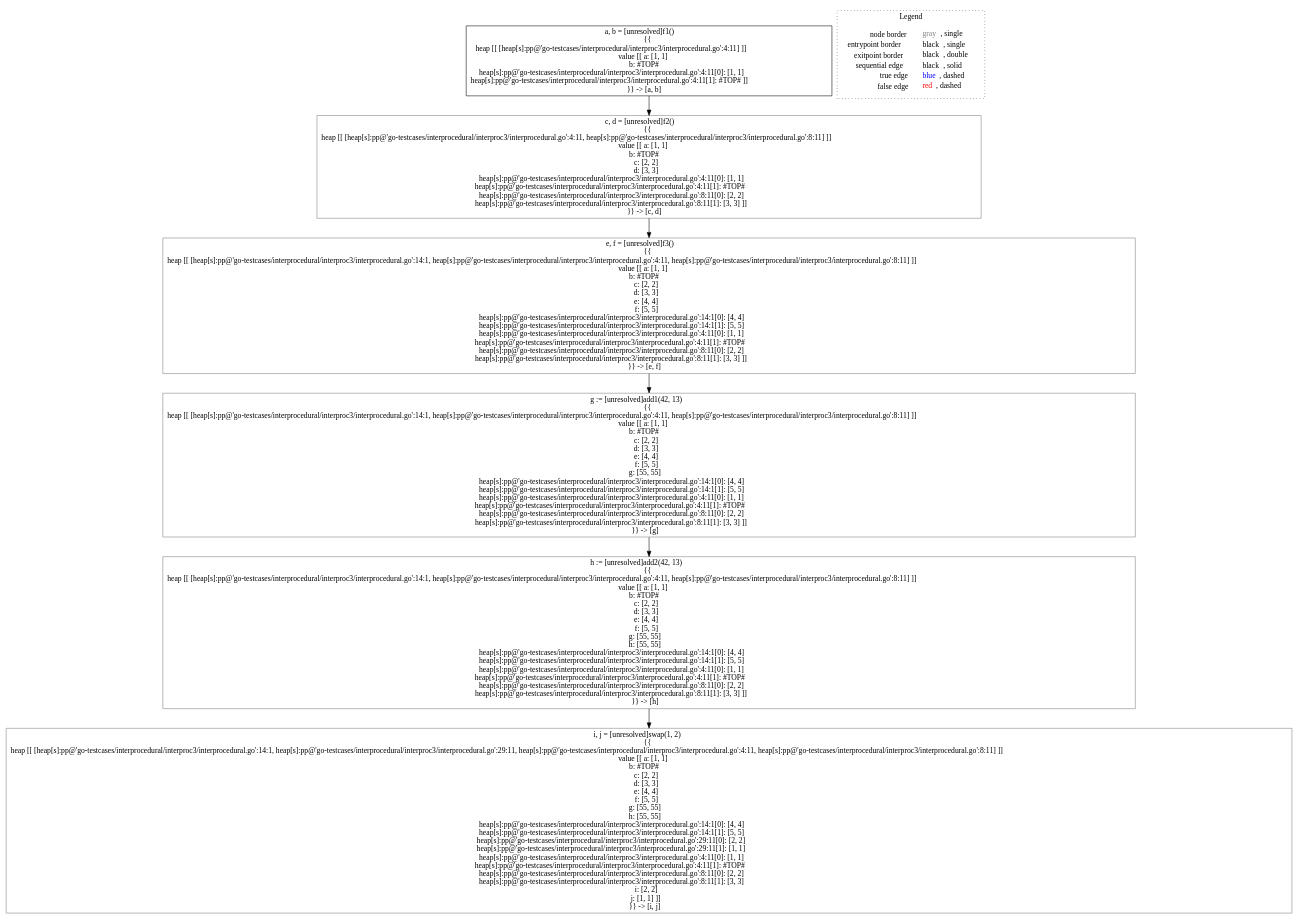
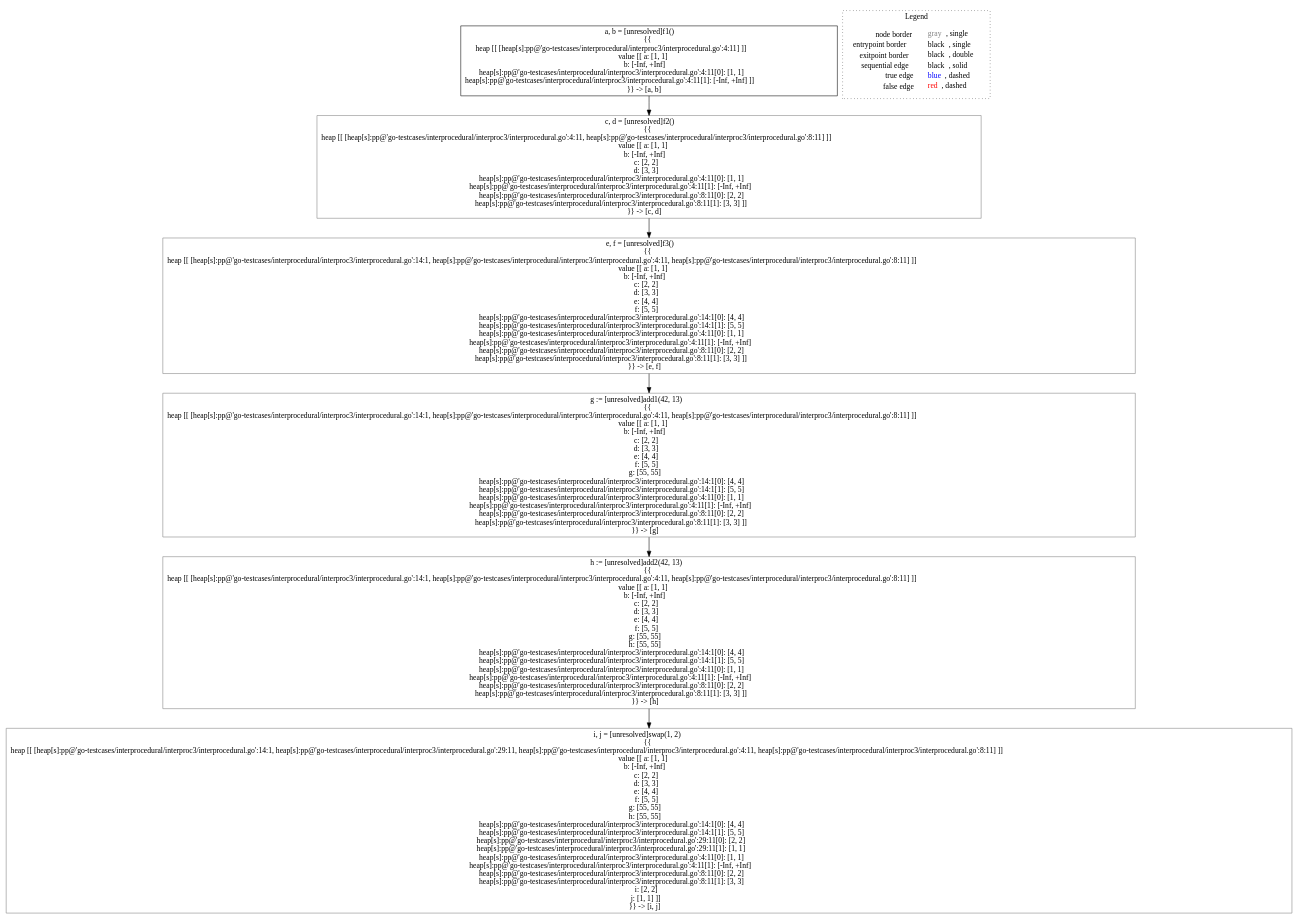
The diagram in go-lisa/go-testcases/interprocedural/interproc3/analysis___untyped_~LiSAProgram.main().dot (lisa-analyzer/go-lisa), drawn with Graphviz before and after one commit. The commit also changed 25 other files, not shown here.

```diff
--- a/go-lisa/go-testcases/interprocedural/interproc3/analysis___untyped_~LiSAProgram.main().dot
+++ b/go-lisa/go-testcases/interprocedural/interproc3/analysis___untyped_~LiSAProgram.main().dot
@@ -1,20 +1,20 @@
 digraph {
-	"node0" [shape="rect",color="black",label=<a, b = [unresolved]f1()<BR/>{{<BR/>heap [[ [heap[s]:pp@'go-testcases/interprocedural/interproc3/interprocedural.go':4:11] ]]<BR/>value [[ a: [1, 1]<BR/>b: #TOP#<BR/>heap[s]:pp@'go-testcases/interprocedural/interproc3/interprocedural.go':4:11[0]: [1, 1]<BR/>heap[s]:pp@'go-testcases/interprocedural/interproc3/interprocedural.go':4:11[1]: #TOP# ]]<BR/>}} -&gt; [a, b]>];
-	"node1" [shape="rect",color="gray",label=<g := [unresolved]add1(42, 13)<BR/>{{<BR/>heap [[ [heap[s]:pp@'go-testcases/interprocedural/interproc3/interprocedural.go':14:1, heap[s]:pp@'go-testcases/interprocedural/interproc3/interprocedural.go':4:11, heap[s]:pp@'go-testcases/interprocedural/interproc3/interprocedural.go':8:11] ]]<BR/>value [[ a: [1, 1]<BR/>b: #TOP#<BR/>c: [2, 2]<BR/>d: [3, 3]<BR/>e: [4, 4]<BR/>f: [5, 5]<BR/>g: [55, 55]<BR/>heap[s]:pp@'go-testcases/interprocedural/interproc3/interprocedural.go':14:1[0]: [4, 4]<BR/>heap[s]:pp@'go-testcases/interprocedural/interproc3/interprocedural.go':14:1[1]: [5, 5]<BR/>heap[s]:pp@'go-testcases/interprocedural/interproc3/interprocedural.go':4:11[0]: [1, 1]<BR/>heap[s]:pp@'go-testcases/interprocedural/interproc3/interprocedural.go':4:11[1]: #TOP#<BR/>heap[s]:pp@'go-testcases/interprocedural/interproc3/interprocedural.go':8:11[0]: [2, 2]<BR/>heap[s]:pp@'go-testcases/interprocedural/interproc3/interprocedural.go':8:11[1]: [3, 3] ]]<BR/>}} -&gt; [g]>];
-	"node2" [shape="rect",color="gray",label=<i, j = [unresolved]swap(1, 2)<BR/>{{<BR/>heap [[ [heap[s]:pp@'go-testcases/interprocedural/interproc3/interprocedural.go':14:1, heap[s]:pp@'go-testcases/interprocedural/interproc3/interprocedural.go':29:11, heap[s]:pp@'go-testcases/interprocedural/interproc3/interprocedural.go':4:11, heap[s]:pp@'go-testcases/interprocedural/interproc3/interprocedural.go':8:11] ]]<BR/>value [[ a: [1, 1]<BR/>b: #TOP#<BR/>c: [2, 2]<BR/>d: [3, 3]<BR/>e: [4, 4]<BR/>f: [5, 5]<BR/>g: [55, 55]<BR/>h: [55, 55]<BR/>heap[s]:pp@'go-testcases/interprocedural/interproc3/interprocedural.go':14:1[0]: [4, 4]<BR/>heap[s]:pp@'go-testcases/interprocedural/interproc3/interprocedural.go':14:1[1]: [5, 5]<BR/>heap[s]:pp@'go-testcases/interprocedural/interproc3/interprocedural.go':29:11[0]: [2, 2]<BR/>heap[s]:pp@'go-testcases/interprocedural/interproc3/interprocedural.go':29:11[1]: [1, 1]<BR/>heap[s]:pp@'go-testcases/interprocedural/interproc3/interprocedural.go':4:11[0]: [1, 1]<BR/>heap[s]:pp@'go-testcases/interprocedural/interproc3/interprocedural.go':4:11[1]: #TOP#<BR/>heap[s]:pp@'go-testcases/interprocedural/interproc3/interprocedural.go':8:11[0]: [2, 2]<BR/>heap[s]:pp@'go-testcases/interprocedural/interproc3/interprocedural.go':8:11[1]: [3, 3]<BR/>i: [2, 2]<BR/>j: [1, 1] ]]<BR/>}} -&gt; [i, j]>];
-	"node3" [shape="rect",color="gray",label=<c, d = [unresolved]f2()<BR/>{{<BR/>heap [[ [heap[s]:pp@'go-testcases/interprocedural/interproc3/interprocedural.go':4:11, heap[s]:pp@'go-testcases/interprocedural/interproc3/interprocedural.go':8:11] ]]<BR/>value [[ a: [1, 1]<BR/>b: #TOP#<BR/>c: [2, 2]<BR/>d: [3, 3]<BR/>heap[s]:pp@'go-testcases/interprocedural/interproc3/interprocedural.go':4:11[0]: [1, 1]<BR/>heap[s]:pp@'go-testcases/interprocedural/interproc3/interprocedural.go':4:11[1]: #TOP#<BR/>heap[s]:pp@'go-testcases/interprocedural/interproc3/interprocedural.go':8:11[0]: [2, 2]<BR/>heap[s]:pp@'go-testcases/interprocedural/interproc3/interprocedural.go':8:11[1]: [3, 3] ]]<BR/>}} -&gt; [c, d]>];
-	"node4" [shape="rect",color="gray",label=<h := [unresolved]add2(42, 13)<BR/>{{<BR/>heap [[ [heap[s]:pp@'go-testcases/interprocedural/interproc3/interprocedural.go':14:1, heap[s]:pp@'go-testcases/interprocedural/interproc3/interprocedural.go':4:11, heap[s]:pp@'go-testcases/interprocedural/interproc3/interprocedural.go':8:11] ]]<BR/>value [[ a: [1, 1]<BR/>b: #TOP#<BR/>c: [2, 2]<BR/>d: [3, 3]<BR/>e: [4, 4]<BR/>f: [5, 5]<BR/>g: [55, 55]<BR/>h: [55, 55]<BR/>heap[s]:pp@'go-testcases/interprocedural/interproc3/interprocedural.go':14:1[0]: [4, 4]<BR/>heap[s]:pp@'go-testcases/interprocedural/interproc3/interprocedural.go':14:1[1]: [5, 5]<BR/>heap[s]:pp@'go-testcases/interprocedural/interproc3/interprocedural.go':4:11[0]: [1, 1]<BR/>heap[s]:pp@'go-testcases/interprocedural/interproc3/interprocedural.go':4:11[1]: #TOP#<BR/>heap[s]:pp@'go-testcases/interprocedural/interproc3/interprocedural.go':8:11[0]: [2, 2]<BR/>heap[s]:pp@'go-testcases/interprocedural/interproc3/interprocedural.go':8:11[1]: [3, 3] ]]<BR/>}} -&gt; [h]>];
-	"node5" [shape="rect",color="gray",label=<e, f = [unresolved]f3()<BR/>{{<BR/>heap [[ [heap[s]:pp@'go-testcases/interprocedural/interproc3/interprocedural.go':14:1, heap[s]:pp@'go-testcases/interprocedural/interproc3/interprocedural.go':4:11, heap[s]:pp@'go-testcases/interprocedural/interproc3/interprocedural.go':8:11] ]]<BR/>value [[ a: [1, 1]<BR/>b: #TOP#<BR/>c: [2, 2]<BR/>d: [3, 3]<BR/>e: [4, 4]<BR/>f: [5, 5]<BR/>heap[s]:pp@'go-testcases/interprocedural/interproc3/interprocedural.go':14:1[0]: [4, 4]<BR/>heap[s]:pp@'go-testcases/interprocedural/interproc3/interprocedural.go':14:1[1]: [5, 5]<BR/>heap[s]:pp@'go-testcases/interprocedural/interproc3/interprocedural.go':4:11[0]: [1, 1]<BR/>heap[s]:pp@'go-testcases/interprocedural/interproc3/interprocedural.go':4:11[1]: #TOP#<BR/>heap[s]:pp@'go-testcases/interprocedural/interproc3/interprocedural.go':8:11[0]: [2, 2]<BR/>heap[s]:pp@'go-testcases/interprocedural/interproc3/interprocedural.go':8:11[1]: [3, 3] ]]<BR/>}} -&gt; [e, f]>];
-	"node1" -> "node4" [color="black"];
-	"node3" -> "node5" [color="black"];
-	"node0" -> "node3" [color="black"];
-	"node4" -> "node2" [color="black"];
-	"node5" -> "node1" [color="black"];
+	"node0" [shape="rect",color="black",label=<a, b = [unresolved]f1()<BR/>{{<BR/>heap [[ [heap[s]:pp@'go-testcases/interprocedural/interproc3/interprocedural.go':4:11] ]]<BR/>value [[ a: [1, 1]<BR/>b: [-Inf, +Inf]<BR/>heap[s]:pp@'go-testcases/interprocedural/interproc3/interprocedural.go':4:11[0]: [1, 1]<BR/>heap[s]:pp@'go-testcases/interprocedural/interproc3/interprocedural.go':4:11[1]: [-Inf, +Inf] ]]<BR/>}} -&gt; [a, b]>];
+	"node1" [shape="rect",color="gray",label=<i, j = [unresolved]swap(1, 2)<BR/>{{<BR/>heap [[ [heap[s]:pp@'go-testcases/interprocedural/interproc3/interprocedural.go':14:1, heap[s]:pp@'go-testcases/interprocedural/interproc3/interprocedural.go':29:11, heap[s]:pp@'go-testcases/interprocedural/interproc3/interprocedural.go':4:11, heap[s]:pp@'go-testcases/interprocedural/interproc3/interprocedural.go':8:11] ]]<BR/>value [[ a: [1, 1]<BR/>b: [-Inf, +Inf]<BR/>c: [2, 2]<BR/>d: [3, 3]<BR/>e: [4, 4]<BR/>f: [5, 5]<BR/>g: [55, 55]<BR/>h: [55, 55]<BR/>heap[s]:pp@'go-testcases/interprocedural/interproc3/interprocedural.go':14:1[0]: [4, 4]<BR/>heap[s]:pp@'go-testcases/interprocedural/interproc3/interprocedural.go':14:1[1]: [5, 5]<BR/>heap[s]:pp@'go-testcases/interprocedural/interproc3/interprocedural.go':29:11[0]: [2, 2]<BR/>heap[s]:pp@'go-testcases/interprocedural/interproc3/interprocedural.go':29:11[1]: [1, 1]<BR/>heap[s]:pp@'go-testcases/interprocedural/interproc3/interprocedural.go':4:11[0]: [1, 1]<BR/>heap[s]:pp@'go-testcases/interprocedural/interproc3/interprocedural.go':4:11[1]: [-Inf, +Inf]<BR/>heap[s]:pp@'go-testcases/interprocedural/interproc3/interprocedural.go':8:11[0]: [2, 2]<BR/>heap[s]:pp@'go-testcases/interprocedural/interproc3/interprocedural.go':8:11[1]: [3, 3]<BR/>i: [2, 2]<BR/>j: [1, 1] ]]<BR/>}} -&gt; [i, j]>];
+	"node2" [shape="rect",color="gray",label=<h := [unresolved]add2(42, 13)<BR/>{{<BR/>heap [[ [heap[s]:pp@'go-testcases/interprocedural/interproc3/interprocedural.go':14:1, heap[s]:pp@'go-testcases/interprocedural/interproc3/interprocedural.go':4:11, heap[s]:pp@'go-testcases/interprocedural/interproc3/interprocedural.go':8:11] ]]<BR/>value [[ a: [1, 1]<BR/>b: [-Inf, +Inf]<BR/>c: [2, 2]<BR/>d: [3, 3]<BR/>e: [4, 4]<BR/>f: [5, 5]<BR/>g: [55, 55]<BR/>h: [55, 55]<BR/>heap[s]:pp@'go-testcases/interprocedural/interproc3/interprocedural.go':14:1[0]: [4, 4]<BR/>heap[s]:pp@'go-testcases/interprocedural/interproc3/interprocedural.go':14:1[1]: [5, 5]<BR/>heap[s]:pp@'go-testcases/interprocedural/interproc3/interprocedural.go':4:11[0]: [1, 1]<BR/>heap[s]:pp@'go-testcases/interprocedural/interproc3/interprocedural.go':4:11[1]: [-Inf, +Inf]<BR/>heap[s]:pp@'go-testcases/interprocedural/interproc3/interprocedural.go':8:11[0]: [2, 2]<BR/>heap[s]:pp@'go-testcases/interprocedural/interproc3/interprocedural.go':8:11[1]: [3, 3] ]]<BR/>}} -&gt; [h]>];
+	"node3" [shape="rect",color="gray",label=<g := [unresolved]add1(42, 13)<BR/>{{<BR/>heap [[ [heap[s]:pp@'go-testcases/interprocedural/interproc3/interprocedural.go':14:1, heap[s]:pp@'go-testcases/interprocedural/interproc3/interprocedural.go':4:11, heap[s]:pp@'go-testcases/interprocedural/interproc3/interprocedural.go':8:11] ]]<BR/>value [[ a: [1, 1]<BR/>b: [-Inf, +Inf]<BR/>c: [2, 2]<BR/>d: [3, 3]<BR/>e: [4, 4]<BR/>f: [5, 5]<BR/>g: [55, 55]<BR/>heap[s]:pp@'go-testcases/interprocedural/interproc3/interprocedural.go':14:1[0]: [4, 4]<BR/>heap[s]:pp@'go-testcases/interprocedural/interproc3/interprocedural.go':14:1[1]: [5, 5]<BR/>heap[s]:pp@'go-testcases/interprocedural/interproc3/interprocedural.go':4:11[0]: [1, 1]<BR/>heap[s]:pp@'go-testcases/interprocedural/interproc3/interprocedural.go':4:11[1]: [-Inf, +Inf]<BR/>heap[s]:pp@'go-testcases/interprocedural/interproc3/interprocedural.go':8:11[0]: [2, 2]<BR/>heap[s]:pp@'go-testcases/interprocedural/interproc3/interprocedural.go':8:11[1]: [3, 3] ]]<BR/>}} -&gt; [g]>];
+	"node4" [shape="rect",color="gray",label=<c, d = [unresolved]f2()<BR/>{{<BR/>heap [[ [heap[s]:pp@'go-testcases/interprocedural/interproc3/interprocedural.go':4:11, heap[s]:pp@'go-testcases/interprocedural/interproc3/interprocedural.go':8:11] ]]<BR/>value [[ a: [1, 1]<BR/>b: [-Inf, +Inf]<BR/>c: [2, 2]<BR/>d: [3, 3]<BR/>heap[s]:pp@'go-testcases/interprocedural/interproc3/interprocedural.go':4:11[0]: [1, 1]<BR/>heap[s]:pp@'go-testcases/interprocedural/interproc3/interprocedural.go':4:11[1]: [-Inf, +Inf]<BR/>heap[s]:pp@'go-testcases/interprocedural/interproc3/interprocedural.go':8:11[0]: [2, 2]<BR/>heap[s]:pp@'go-testcases/interprocedural/interproc3/interprocedural.go':8:11[1]: [3, 3] ]]<BR/>}} -&gt; [c, d]>];
+	"node5" [shape="rect",color="gray",label=<e, f = [unresolved]f3()<BR/>{{<BR/>heap [[ [heap[s]:pp@'go-testcases/interprocedural/interproc3/interprocedural.go':14:1, heap[s]:pp@'go-testcases/interprocedural/interproc3/interprocedural.go':4:11, heap[s]:pp@'go-testcases/interprocedural/interproc3/interprocedural.go':8:11] ]]<BR/>value [[ a: [1, 1]<BR/>b: [-Inf, +Inf]<BR/>c: [2, 2]<BR/>d: [3, 3]<BR/>e: [4, 4]<BR/>f: [5, 5]<BR/>heap[s]:pp@'go-testcases/interprocedural/interproc3/interprocedural.go':14:1[0]: [4, 4]<BR/>heap[s]:pp@'go-testcases/interprocedural/interproc3/interprocedural.go':14:1[1]: [5, 5]<BR/>heap[s]:pp@'go-testcases/interprocedural/interproc3/interprocedural.go':4:11[0]: [1, 1]<BR/>heap[s]:pp@'go-testcases/interprocedural/interproc3/interprocedural.go':4:11[1]: [-Inf, +Inf]<BR/>heap[s]:pp@'go-testcases/interprocedural/interproc3/interprocedural.go':8:11[0]: [2, 2]<BR/>heap[s]:pp@'go-testcases/interprocedural/interproc3/interprocedural.go':8:11[1]: [3, 3] ]]<BR/>}} -&gt; [e, f]>];
+	"node2" -> "node1" [color="black"];
+	"node0" -> "node4" [color="black"];
+	"node3" -> "node2" [color="black"];
+	"node4" -> "node5" [color="black"];
+	"node5" -> "node3" [color="black"];
 subgraph cluster_legend {
 	label="Legend";
 	style=dotted;
 	node [shape=plaintext];
 	"legend" [label=<<table border="0" cellpadding="2" cellspacing="0" cellborder="0"><tr><td align="right">node border&nbsp;</td><td align="left"><font color="gray">gray</font>, single</td></tr><tr><td align="right">entrypoint border&nbsp;</td><td align="left"><font color="black">black</font>, single</td></tr><tr><td align="right">exitpoint border&nbsp;</td><td align="left"><font color="black">black</font>, double</td></tr><tr><td align="right">sequential edge&nbsp;</td><td align="left"><font color="black">black</font>, solid</td></tr><tr><td align="right">true edge&nbsp;</td><td align="left"><font color="blue">blue</font>, dashed</td></tr><tr><td align="right">false edge&nbsp;</td><td align="left"><font color="red">red</font>, dashed</td></tr></table>>];
 }
 
 }
```
